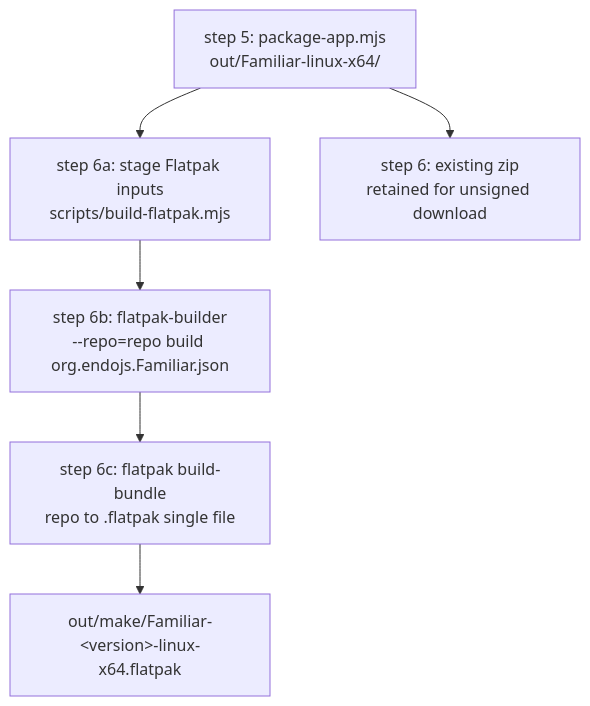
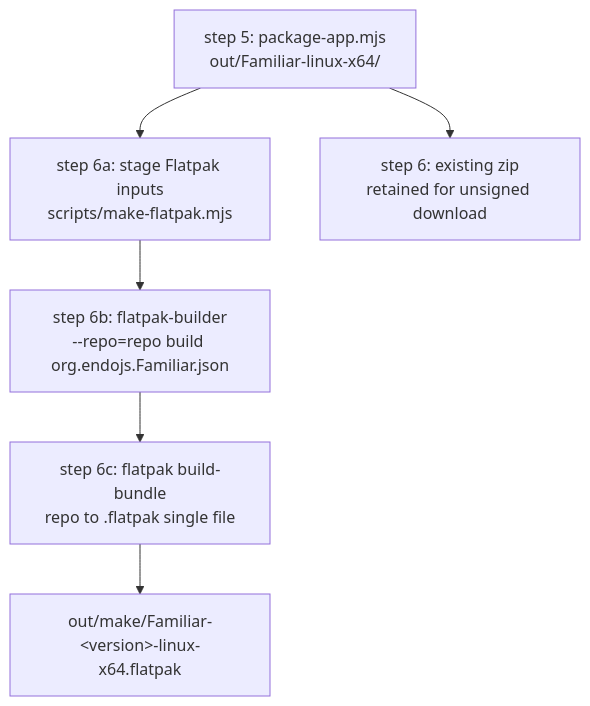
One commit to endojs/endo-but-for-bots changed the diagram in designs/familiar-flatpak-pipeline.md. Above: the diagram before and after it, drawn with Mermaid. The commit also changed other lines of this file and 1 other file, not shown here.

````diff
--- a/designs/familiar-flatpak-pipeline.md
+++ b/designs/familiar-flatpak-pipeline.md
@@ -138,9 +160,9 @@
 ```mermaid
 flowchart TD
   P[step 5: package-app.mjs<br/>out/Familiar-linux-x64/] --> A
-  A[step 6a: stage Flatpak inputs<br/>scripts/build-flatpak.mjs] --> B
+  A[step 6a: stage Flatpak inputs<br/>scripts/make-flatpak.mjs] --> B
   B[step 6b: flatpak-builder<br/>--repo=repo build org.endojs.Familiar.json] --> C
   C[step 6c: flatpak build-bundle<br/>repo to .flatpak single file] --> D
   D[out/make/Familiar-&lt;version&gt;-linux-x64.flatpak]
   P --> Z[step 6: existing zip<br/>retained for unsigned download]
 ```
````
